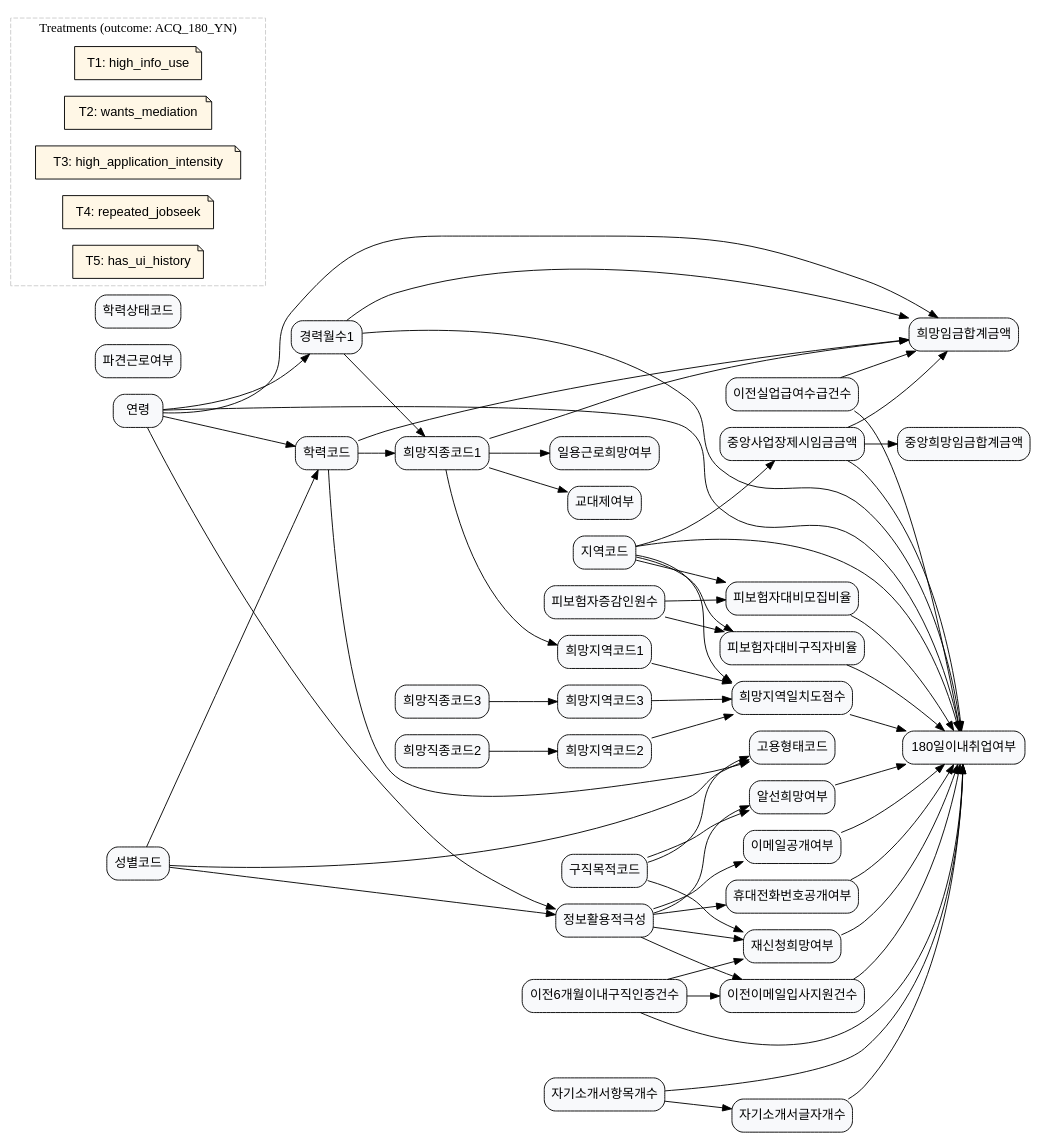
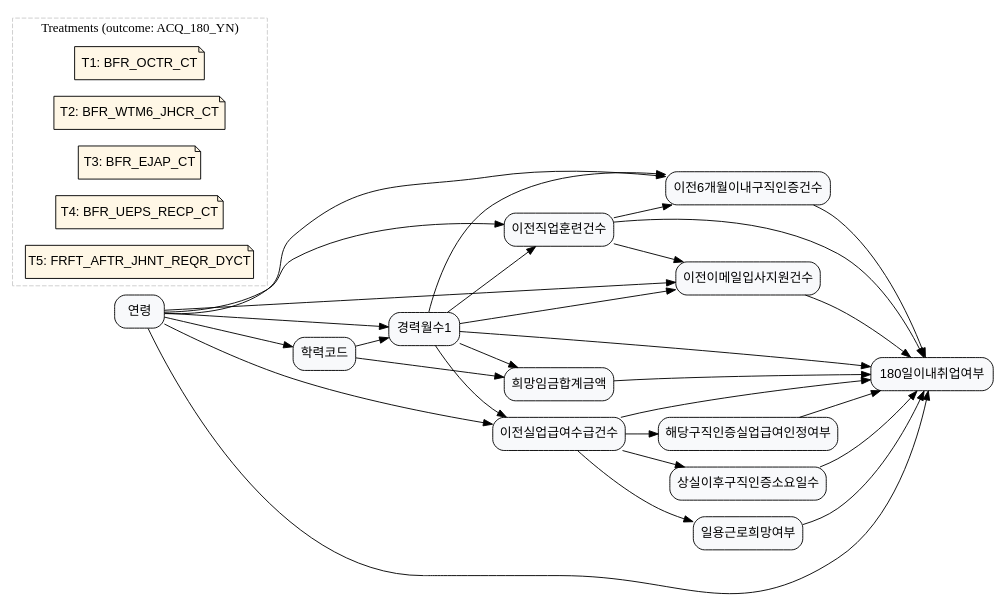
Before and after one commit to KU-LIM-Lab/dowhy-deep: the diagram in laborlab/data/graph_data/graph_2.dot, drawn with Graphviz. The commit also changed 19 other files, not shown here.

Commit message:
graph updated and added

```diff
--- a/laborlab/data/graph_data/graph_2.dot
+++ b/laborlab/data/graph_data/graph_2.dot
@@ -1,192 +1,107 @@
 digraph {
     rankdir=LR;
     node [shape=box, style="rounded,filled", fillcolor="#F8F9FB", fontname="Helvetica"];
 
-    // ==== 노드 라벨 정의 ====
-    ACQ_180_YN                  [label="180일이내취업여부"];
-    AGREE_LEVEL                 [label="정보활용적극성"];
-    EMPL_STLE_CD                [label="고용형태코드"];
-    DSPT_LABR_YN                [label="파견근로여부"];
-    HOPE_WAGE_SM_AMT            [label="희망임금합계금액"];
-    HOPE_JSCD1                  [label="희망직종코드1"];
-    HOPE_JSCD2                  [label="희망직종코드2"];
-    HOPE_JSCD3                  [label="희망직종코드3"];
-    HPAR_CD1                    [label="희망지역코드1"];
-    HPAR_CD2                    [label="희망지역코드2"];
-    HPAR_CD3                    [label="희망지역코드3"];
-    HPAR_CSCY_SCOR              [label="희망지역일치도점수"];
-    CARR_MYCT1                  [label="경력월수1"];
-    ACCR_STCD                   [label="학력상태코드"];
-    ACCR_CD                     [label="학력코드"];
-    AGE                         [label="연령"];
-    AREA_CD                     [label="지역코드"];
-    DLY_LABR_HOPE_YN            [label="일용근로희망여부"];
-    SHSY_YN                     [label="교대제여부"];
-    MDTN_HOPE_YN                [label="알선희망여부"];
-    RQAG_HOPE_YN                [label="재신청희망여부"];
-    JHNT_PPOS_CD                [label="구직목적코드"];
-    SXDS_CD                     [label="성별코드"];
-    EMAIL_OTPB_YN               [label="이메일공개여부"];
-    MPNO_OTPB_YN                [label="휴대전화번호공개여부"];
-    BFR_WTM6_JHCR_CT            [label="이전6개월이내구직인증건수"];
-    BFR_EJAP_CT                 [label="이전이메일입사지원건수"];
-    BFR_UEPS_RECP_CT            [label="이전실업급여수급건수"];
-    IPS_VS_JBHT_RATE            [label="피보험자대비구직자비율"];
-    IPS_VS_RCIT_RATE            [label="피보험자대비모집비율"];
-    IPS_IRDS_NMPR               [label="피보험자증감인원수"];
-    NTR_HOPE_WAGE_SM_AMT        [label="중앙희망임금합계금액"];
-    NTR_BPLC_PSNT_WAGE_AMT      [label="중앙사업장제시임금금액"];
-    SFID_IEM_NUM                [label="자기소개서항목개수"];
-    SFID_LTTR_NUM               [label="자기소개서글자개수"];
+    ACQ_180_YN               [label="180일이내취업여부"];
+    BFR_OCTR_CT              [label="이전직업훈련건수"];
+    BFR_WTM6_JHCR_CT         [label="이전6개월이내구직인증건수"];
+    BFR_EJAP_CT              [label="이전이메일입사지원건수"];
+    BFR_UEPS_RECP_CT         [label="이전실업급여수급건수"];
+    UEPS_RECP_YN             [label="해당구직인증실업급여인정여부"];
+    FRFT_AFTR_JHNT_REQR_DYCT [label="상실이후구직인증소요일수"];
 
-    // ============================================================
-    // ==== Treatment definitions (메타데이터용 노드) ==============
-    // role="treatment_meta"로 태깅한 노드 안에 정보를 넣는다.
-    // 나중에 pygraphviz로 읽어서 DoWhy/TabPFN 파이프라인에 넘길 때
-    // 이 메타 정보를 이용해 treatment 변수를 자동 생성할 수 있다.
+    AGE                      [label="연령"];
+    ACCR_CD                  [label="학력코드"];
+    CARR_MYCT1               [label="경력월수1"];
+    DLY_LABR_HOPE_YN         [label="일용근로희망여부"];
+    HOPE_WAGE_SM_AMT         [label="희망임금합계금액"];
 
+    // 인과관계
+    AGE     -> ACCR_CD;
+    AGE     -> CARR_MYCT1;
+    AGE     -> BFR_OCTR_CT;
+    AGE     -> BFR_WTM6_JHCR_CT;
+    AGE     -> BFR_EJAP_CT;
+    AGE     -> BFR_UEPS_RECP_CT;
+    AGE     -> ACQ_180_YN;
+
+    ACCR_CD -> CARR_MYCT1;
+    ACCR_CD -> HOPE_WAGE_SM_AMT;
+
+    CARR_MYCT1 -> BFR_OCTR_CT;
+    CARR_MYCT1 -> BFR_WTM6_JHCR_CT;
+    CARR_MYCT1 -> BFR_EJAP_CT;
+    CARR_MYCT1 -> BFR_UEPS_RECP_CT;
+    CARR_MYCT1 -> HOPE_WAGE_SM_AMT;
+    CARR_MYCT1 -> ACQ_180_YN;
+
+    BFR_OCTR_CT      -> BFR_EJAP_CT;
+    BFR_OCTR_CT      -> BFR_WTM6_JHCR_CT;
+
+    BFR_UEPS_RECP_CT -> UEPS_RECP_YN;
+    BFR_UEPS_RECP_CT -> FRFT_AFTR_JHNT_REQR_DYCT;
+    BFR_UEPS_RECP_CT -> DLY_LABR_HOPE_YN;
+
+    // 과거 이력 → 현재 취업
+    BFR_OCTR_CT              -> ACQ_180_YN;
+    BFR_WTM6_JHCR_CT         -> ACQ_180_YN;
+    BFR_EJAP_CT              -> ACQ_180_YN;
+    BFR_UEPS_RECP_CT         -> ACQ_180_YN;
+    UEPS_RECP_YN             -> ACQ_180_YN;
+    FRFT_AFTR_JHNT_REQR_DYCT -> ACQ_180_YN;
+    DLY_LABR_HOPE_YN         -> ACQ_180_YN;
+    HOPE_WAGE_SM_AMT         -> ACQ_180_YN;
+
+    // Treatments
     subgraph cluster_treatments {
         label="Treatments (outcome: ACQ_180_YN)";
         style=dashed;
         color="#CCCCCC";
         node [shape=note, style="rounded,filled", fillcolor="#FFF7E6", fontname="Helvetica"];
 
-        // T1: 정보활용 적극성 (high information use)
         T1 [
-            label="T1: high_info_use",
+            label="T1: BFR_OCTR_CT",
             role="treatment_meta",
-            treatment_var="AGREE_LEVEL",
-            treatment_name="high_info_use",
-            treatment_def="AGREE_LEVEL 상위 분위(예: 상위 30%)=1, 그 외 0",
-            treatment_question="정보 활용에 적극적인 구직자는 그렇지 않은 구직자보다 6개월 이내 취업 확률이 얼마나 높은가?"
+            treatment_var="BFR_OCTR_CT",
+            treatment_name="BFR_OCTR_CT",
+            treatment_def="이전직업훈련건수 수준 차이의 효과",
+            treatment_question="이전 직업훈련을 많이 받은 사람과 거의 받지 않은 사람의 6개월 내 취업 확률 차이?"
         ];
 
-        // T2: 알선 희망 여부 (mediation request)
         T2 [
-            label="T2: wants_mediation",
+            label="T2: BFR_WTM6_JHCR_CT",
             role="treatment_meta",
-            treatment_var="MDTN_HOPE_YN",
-            treatment_name="wants_mediation",
-            treatment_def="MDTN_HOPE_YN == 1",
-            treatment_question="알선을 희망하는 구직자는 그렇지 않은 구직자보다 6개월 이내 취업 확률이 얼마나 높은가?"
+            treatment_var="BFR_WTM6_JHCR_CT",
+            treatment_name="BFR_WTM6_JHCR_CT",
+            treatment_def="이전6개월이내구직인증건수 수준 차이의 효과",
+            treatment_question="과거 6개월간 구직인증 횟수가 많은 사람과 적은 사람의 6개월 내 취업 확률 차이?"
         ];
 
-        // T3: 적극적 구직자 (이전 이메일 입사지원 경험)
         T3 [
-            label="T3: high_application_intensity",
+            label="T3: BFR_EJAP_CT",
             role="treatment_meta",
             treatment_var="BFR_EJAP_CT",
-            treatment_name="high_application_intensity",
-            treatment_def="BFR_EJAP_CT 상위 분위(예: 상위 30%)=1, 그 외 0",
-            treatment_question="이전 3개월 동안 이메일 입사지원을 많이 했던 구직자는 그렇지 않은 구직자보다 6개월 이내 취업 확률이 얼마나 높은가?"
+            treatment_name="BFR_EJAP_CT",
+            treatment_def="이전이메일입사지원건수 수준 차이의 효과",
+            treatment_question="이메일 입사지원 경험이 많은 사람과 거의 없는 사람의 6개월 내 취업 확률 차이?"
         ];
 
-        // T4: 반복 구직인증 경험 (repeated job-seeking certification)
         T4 [
-            label="T4: repeated_jobseek",
+            label="T4: BFR_UEPS_RECP_CT",
             role="treatment_meta",
-            treatment_var="BFR_WTM6_JHCR_CT",
-            treatment_name="repeated_jobseek",
-            treatment_def="BFR_WTM6_JHCR_CT > 1",
-            treatment_question="과거 6개월 동안 구직인증을 여러 번 했던 구직자는 단 한 번만 했던 구직자에 비해 6개월 이내 취업 확률이 어떻게 다른가?"
+            treatment_var="BFR_UEPS_RECP_CT",
+            treatment_name="BFR_UEPS_RECP_CT",
+            treatment_def="이전실업급여수급건수 수준 차이의 효과",
+            treatment_question="실업급여 수급 건수가 많은 사람과 적은 사람의 6개월 내 취업 확률 차이?"
         ];
 
-        // T5: 실업급여 수급 경험 (unemployment benefit history)
         T5 [
-            label="T5: has_ui_history",
+            label="T5: FRFT_AFTR_JHNT_REQR_DYCT",
             role="treatment_meta",
-            treatment_var="BFR_UEPS_RECP_CT",
-            treatment_name="has_ui_history",
-            treatment_def="BFR_UEPS_RECP_CT > 0",
-            treatment_question="과거 실업급여 수급 경험이 있는 구직자는 경험이 없는 구직자에 비해 6개월 이내 취업 확률이 얼마나 다른가?"
+            treatment_var="FRFT_AFTR_JHNT_REQR_DYCT",
+            treatment_name="FRFT_AFTR_JHNT_REQR_DYCT",
+            treatment_def="상실이후구직인증소요일수 길이 차이의 효과",
+            treatment_question="상실 이후 구직인증까지 기간이 짧은 사람과 긴 사람의 6개월 내 취업 확률 차이?"
         ];
     }
-
-    // ============================================================
-    // ==== Causal structure (DAG for job search & matching) ======
-
-    // --- 인구학적/배경 변수 ---
-    SXDS_CD -> ACCR_CD;                    // 성별에 따라 전공/학력 경로가 달라짐
-    SXDS_CD -> AGREE_LEVEL;                // 성별에 따라 정보 제공 동의 행태 차이
-    SXDS_CD -> EMPL_STLE_CD;               // 선호/차별로 고용형태가 달라질 수 있음
-
-    AGE -> ACCR_CD;                        // 나이가 많을수록 학력이 높을 가능성
-    AGE -> CARR_MYCT1;                     // 나이가 많을수록 경력월수 증가
-    AGE -> HOPE_WAGE_SM_AMT;               // 연령이 높을수록 희망임금 증가
-    AGE -> AGREE_LEVEL;                    // 연령대에 따라 정보활용 방식(온라인)이 다름
-    AGE -> ACQ_180_YN;                     // 나이가 높으면 전반적인 취업 확률에 영향
-
-    AREA_CD -> HPAR_CSCY_SCOR;             // 거주지역과 희망지역 일치도에 영향
-    AREA_CD -> NTR_BPLC_PSNT_WAGE_AMT;     // 지역에 따라 제시임금 수준이 다름
-    AREA_CD -> IPS_VS_RCIT_RATE;           // 지역에 따라 모집비율 다름
-    AREA_CD -> IPS_VS_JBHT_RATE;           // 지역에 따라 구직자비율 다름
-    AREA_CD -> ACQ_180_YN;                 // 지역별 노동시장 여건 차이
-
-    // --- 학력/경력 -> 임금 기대/고용형태/직종 선택 ---
-    ACCR_CD -> HOPE_WAGE_SM_AMT;           // 학력이 높으면 희망임금 상향
-    ACCR_CD -> HOPE_JSCD1;                 // 학력에 따라 진입 가능한 직종분포가 달라짐
-    ACCR_CD -> EMPL_STLE_CD;               // 학력에 따라 정규/비정규 선호와 기회가 다름
-
-    CARR_MYCT1 -> HOPE_WAGE_SM_AMT;        // 경력이 많으면 희망임금 상향
-    CARR_MYCT1 -> HOPE_JSCD1;              // 경력직종에 머무르려는 경향
-    CARR_MYCT1 -> ACQ_180_YN;              // 경력이 많을수록 취업 가능성 증가
-
-    // --- 희망직종/지역 관련 구조 ---
-    HOPE_JSCD1 -> DLY_LABR_HOPE_YN;        // 일부 직종은 일용근로 비중이 높음
-    HOPE_JSCD1 -> SHSY_YN;                 // 직종에 따라 교대제가 요구됨
-    HOPE_JSCD1 -> HOPE_WAGE_SM_AMT;        // 직종 임금수준이 희망임금에 영향
-
-    HOPE_JSCD1 -> HPAR_CD1;                // 직종 특성에 따라 희망지역 선택 (산업단지 등)
-    HOPE_JSCD2 -> HPAR_CD2;
-    HOPE_JSCD3 -> HPAR_CD3;
-
-    HPAR_CD1 -> HPAR_CSCY_SCOR;            // 희망지역과 거주지 일치도 계산에 사용
-    HPAR_CD2 -> HPAR_CSCY_SCOR;
-    HPAR_CD3 -> HPAR_CSCY_SCOR;
-
-    HPAR_CSCY_SCOR -> ACQ_180_YN;          // 거주지와 희망지역의 일치도가 높으면 매칭 용이
-
-    // --- 정보 공개 및 활용 구조 ---
-    AGREE_LEVEL -> EMAIL_OTPB_YN;          // 정보활용적극성이 이메일 공개에 영향
-    AGREE_LEVEL -> MPNO_OTPB_YN;           // 정보활용적극성이 전화번호 공개에 영향
-    AGREE_LEVEL -> BFR_EJAP_CT;            // 정보활용적극성이 온라인 입사지원 횟수에 영향
-    AGREE_LEVEL -> MDTN_HOPE_YN;           // 적극적인 사람일수록 공공 알선 요청
-    AGREE_LEVEL -> RQAG_HOPE_YN;           // 구직인증 재신청 의사도 높을 수 있음
-
-    EMAIL_OTPB_YN -> ACQ_180_YN;           // 이메일을 공개하면 연락/매칭기회 증가
-    MPNO_OTPB_YN -> ACQ_180_YN;            // 휴대전화 공개 역시 매칭기회 증가
-
-    // --- 구직 목적 및 서비스 이용 행태 ---
-    JHNT_PPOS_CD -> MDTN_HOPE_YN;          // 구직 목적(실업급여, 실제 취업 등)에 따라 알선 희망 여부 달라짐
-    JHNT_PPOS_CD -> RQAG_HOPE_YN;          // 목적에 따라 재신청 의사 달라짐
-    JHNT_PPOS_CD -> EMPL_STLE_CD;          // 일부 목적은 특정 고용형태를 동반
-
-    MDTN_HOPE_YN -> ACQ_180_YN;            // 알선을 희망하면 매칭 서비스 이용으로 취업 가능성 증가
-    RQAG_HOPE_YN -> ACQ_180_YN;            // 재신청 의사가 강한 구직자는 장기적으로 취업 가능성이 높을 수 있음
-
-    // --- 과거 구직/실업 경험 ---
-    BFR_WTM6_JHCR_CT -> BFR_EJAP_CT;       // 구직인증을 자주 했던 사람은 입사지원도 자주 했을 가능성
-    BFR_WTM6_JHCR_CT -> RQAG_HOPE_YN;      // 과거 경험이 많을수록 재신청 희망에 영향
-    BFR_WTM6_JHCR_CT -> ACQ_180_YN;        // 빈번한 구직인증이 긍정/부정 신호(집요함 vs 장기실업) 모두 가능
-
-    BFR_EJAP_CT -> ACQ_180_YN;             // 입사지원을 많이 한 사람은 취업할 확률이 더 높을 수 있음
-
-    BFR_UEPS_RECP_CT -> HOPE_WAGE_SM_AMT;  // 실업급여 경험은 예약임금/희망임금에 영향
-    BFR_UEPS_RECP_CT -> ACQ_180_YN;        // 장기 실업/실업급여 경험이 취업 가능성에 영향
-
-    // --- 노동시장 상태 지표 ---
-    IPS_IRDS_NMPR -> IPS_VS_JBHT_RATE;     // 피보험자 증감이 구직자비율에 영향
-    IPS_IRDS_NMPR -> IPS_VS_RCIT_RATE;     // 피보험자 증감이 모집비율에도 영향
-
-    IPS_VS_JBHT_RATE -> ACQ_180_YN;        // 구직자비율이 높으면 경쟁 심화로 취업확률 감소
-    IPS_VS_RCIT_RATE -> ACQ_180_YN;        // 모집비율이 높으면 취업확률 증가
-
-    NTR_BPLC_PSNT_WAGE_AMT -> NTR_HOPE_WAGE_SM_AMT; // 제시임금 수준이 중앙 희망임금에 영향
-    NTR_BPLC_PSNT_WAGE_AMT -> HOPE_WAGE_SM_AMT;     // 개인의 희망임금에도 직접 영향
-    NTR_BPLC_PSNT_WAGE_AMT -> ACQ_180_YN;           // 제시임금이 너무 낮/높으면 매칭 실패 가능
-
-    // --- 자기소개서 및 서류 품질 ---
-    SFID_IEM_NUM -> SFID_LTTR_NUM;         // 항목 개수가 많으면 전체 글자수도 많아짐
-    SFID_IEM_NUM -> ACQ_180_YN;            // 자기소개서 구성(항목 수)이 평가에 영향
-    SFID_LTTR_NUM -> ACQ_180_YN;           // 자기소개서 분량이 취업 여부에 영향 (너무 짧거나 너무 길면 불리할 수 있음)
 }
```
